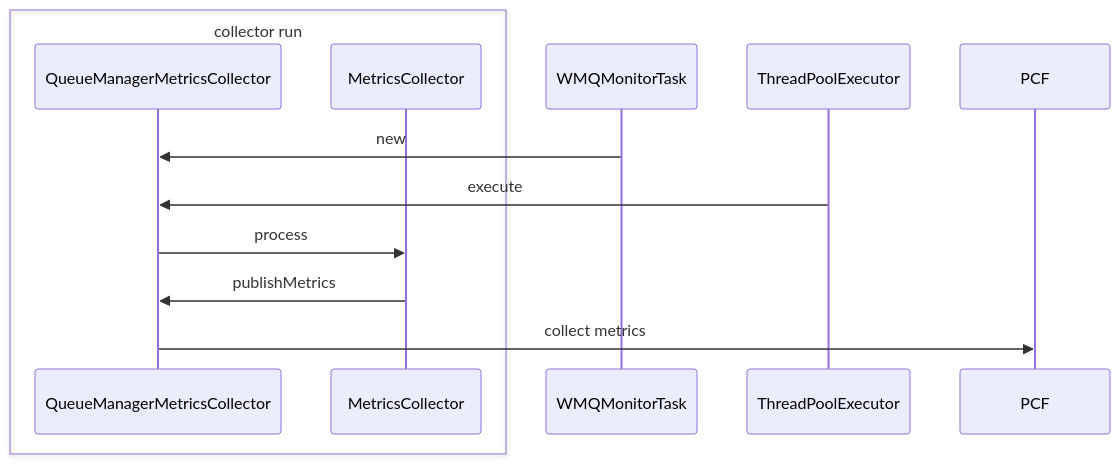
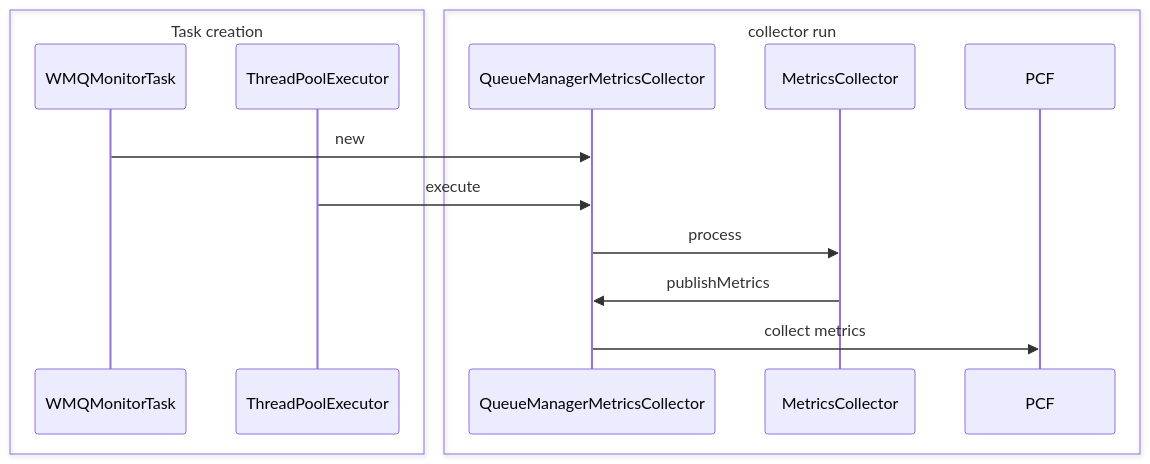
The diagram in DESIGN.md (signalfx/opentelemetry-ibm-mq-monitoring), drawn with Mermaid before and after one commit.

````diff
--- a/DESIGN.md
+++ b/DESIGN.md
@@ -12,15 +12,21 @@
 ```mermaid
 sequenceDiagram
+   box Task creation
+   participant WMQMonitorTask
+   participant ThreadPoolExecutor
+   end
+
    box collector run
    participant QueueManagerMetricsCollector
    participant MetricsCollector
+   participant PCF
    end
 
    WMQMonitorTask->>QueueManagerMetricsCollector: new
    ThreadPoolExecutor->>QueueManagerMetricsCollector: execute
 
    QueueManagerMetricsCollector->>MetricsCollector: process
    MetricsCollector->>QueueManagerMetricsCollector: publishMetrics
      
    QueueManagerMetricsCollector->>PCF: collect metrics
 ```
````
